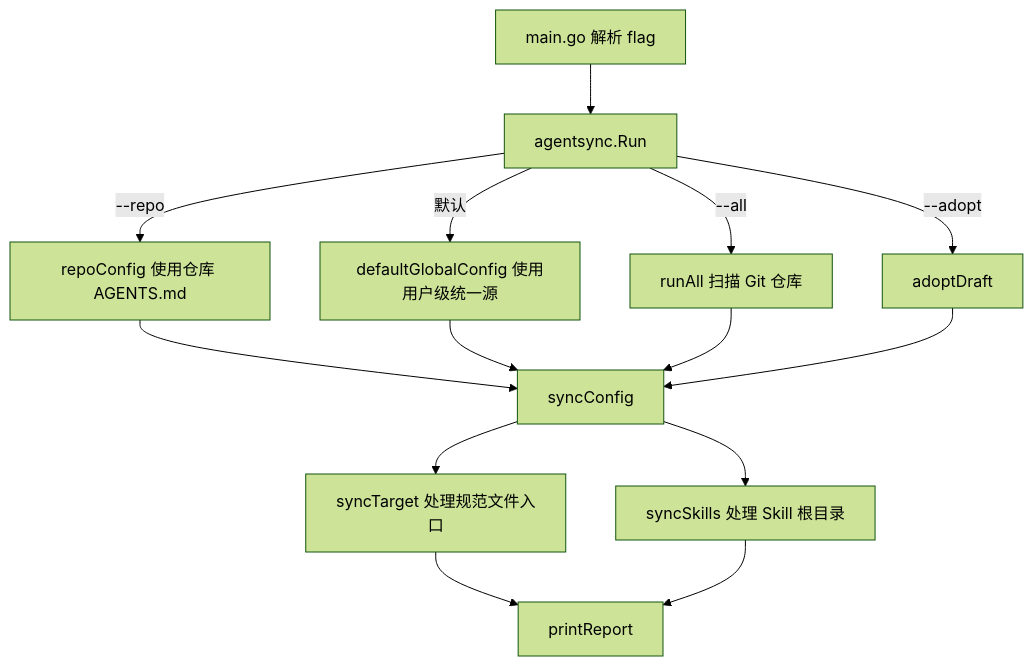
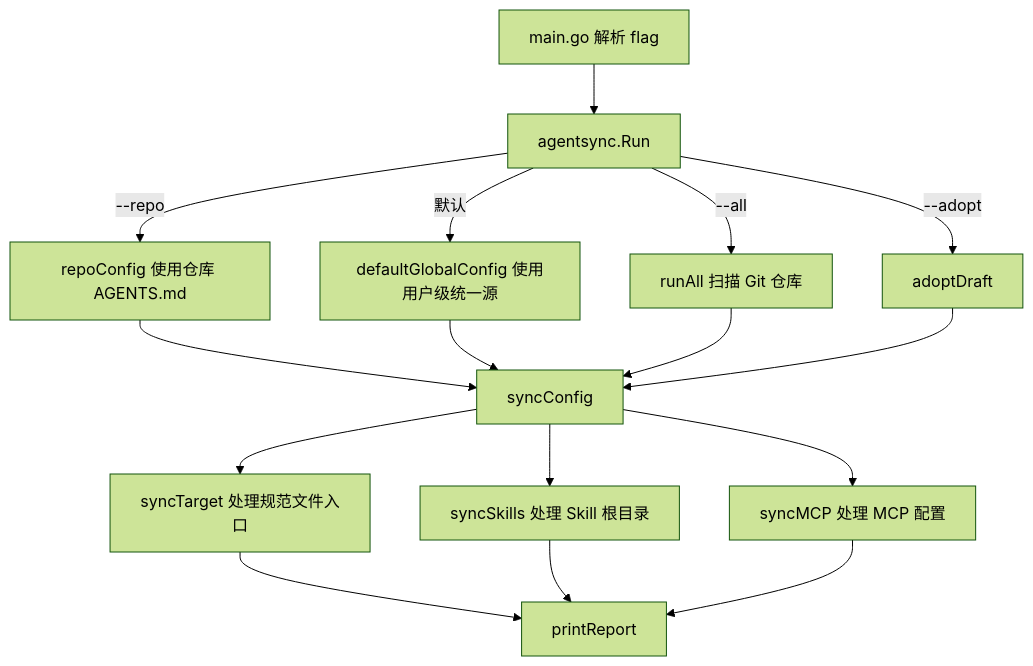
Before and after one commit to x0c/agentsync: the diagram in docs/AGENTSYNC_GUIDE.md, drawn with Mermaid (forest theme). The commit also changed other lines of this file and 20 other files, not shown here.

````diff
--- a/docs/AGENTSYNC_GUIDE.md
+++ b/docs/AGENTSYNC_GUIDE.md
@@ -20,16 +20,18 @@
 ```mermaid
 flowchart TD
     A[main.go 解析 flag] --> B[agentsync.Run]
     B -->|--all| C[runAll 扫描 Git 仓库]
     B -->|--repo| D[repoConfig 使用仓库 AGENTS.md]
     B -->|默认| E[defaultGlobalConfig 使用用户级统一源]
     D --> F[syncConfig]
     E --> F
     C --> F
     B -->|--adopt| G[adoptDraft]
     G --> F
     F --> H[syncTarget 处理规范文件入口]
     F --> I[syncSkills 处理 Skill 根目录]
+    F --> K[syncMCP 处理 MCP 配置]
     H --> J[printReport]
     I --> J
+    K --> J
 ```
````
